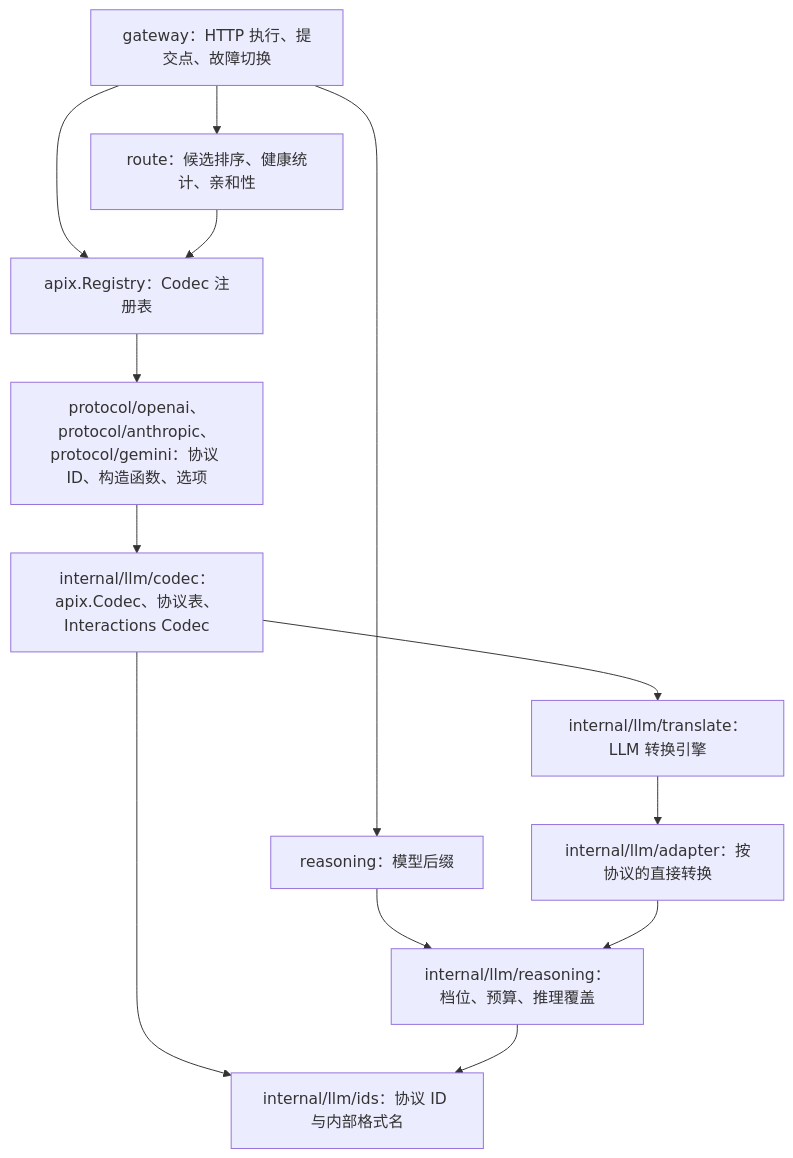
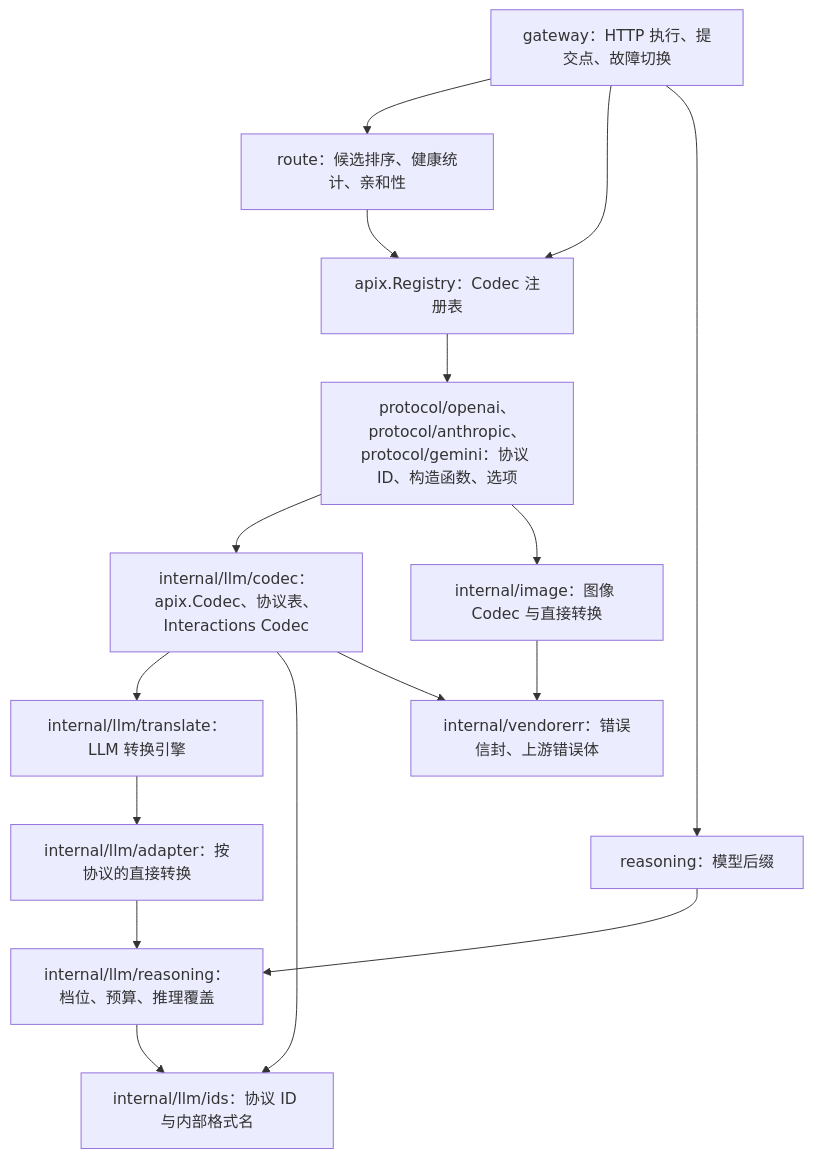
The diagram in docs/architecture.zh-CN.md (dillonzq/apix), drawn with Mermaid before and after one commit. The commit also changed other lines of this file and 30 other files, not shown here.

````diff
--- a/docs/architecture.zh-CN.md
+++ b/docs/architecture.zh-CN.md
@@ -7,15 +7,18 @@
 ```mermaid
 flowchart TD
     GW[gateway：HTTP 执行、提交点、故障切换] --> RT[route：候选排序、健康统计、亲和性]
     GW --> REG[apix.Registry：Codec 注册表]
     GW --> TH[reasoning：模型后缀]
     RT --> REG
     REG --> VENDOR[protocol/openai、protocol/anthropic、protocol/gemini：协议 ID、构造函数、选项]
     VENDOR --> CODEC[internal/llm/codec：apix.Codec、协议表、Interactions Codec]
     TH --> RS
     CODEC --> ENGINE[internal/llm/translate：LLM 转换引擎]
     ENGINE --> ADAPTERS[internal/llm/adapter：按协议的直接转换]
     ADAPTERS --> RS[internal/llm/reasoning：档位、预算、推理覆盖]
     CODEC --> IDS[internal/llm/ids：协议 ID 与内部格式名]
     RS --> IDS
+    VENDOR --> IMAGE[internal/image：图像 Codec 与直接转换]
+    CODEC --> VE[internal/vendorerr：错误信封、上游错误体]
+    IMAGE --> VE
 ```
````
